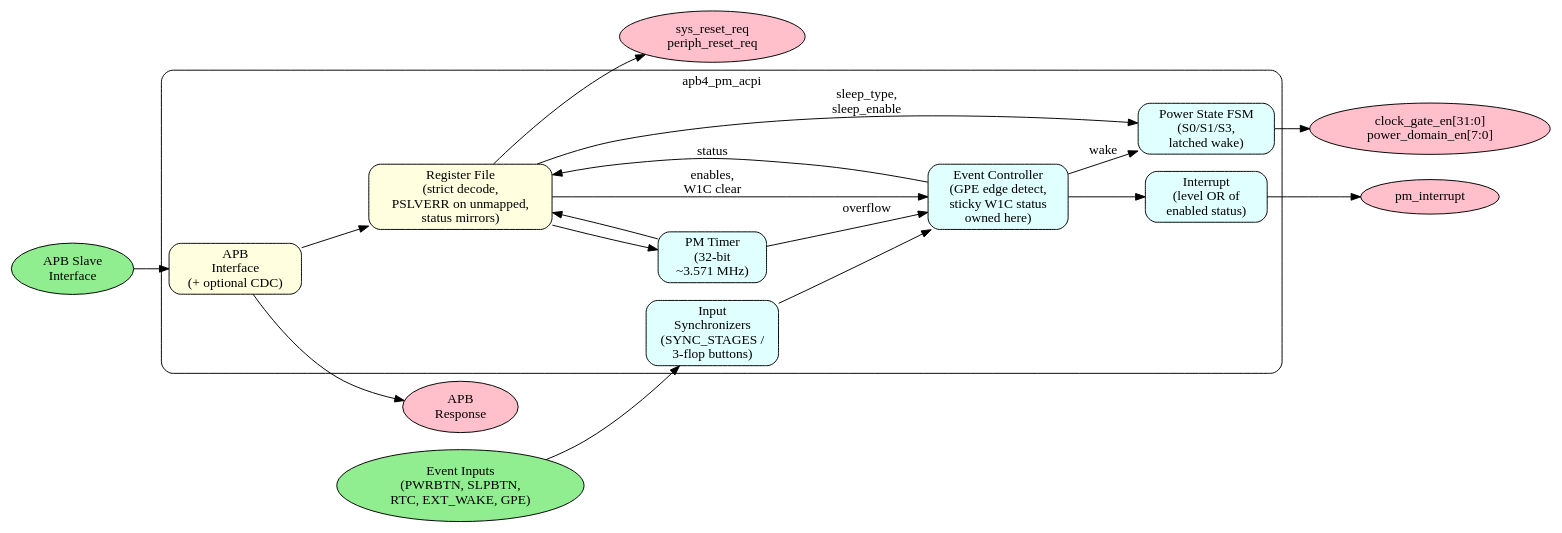
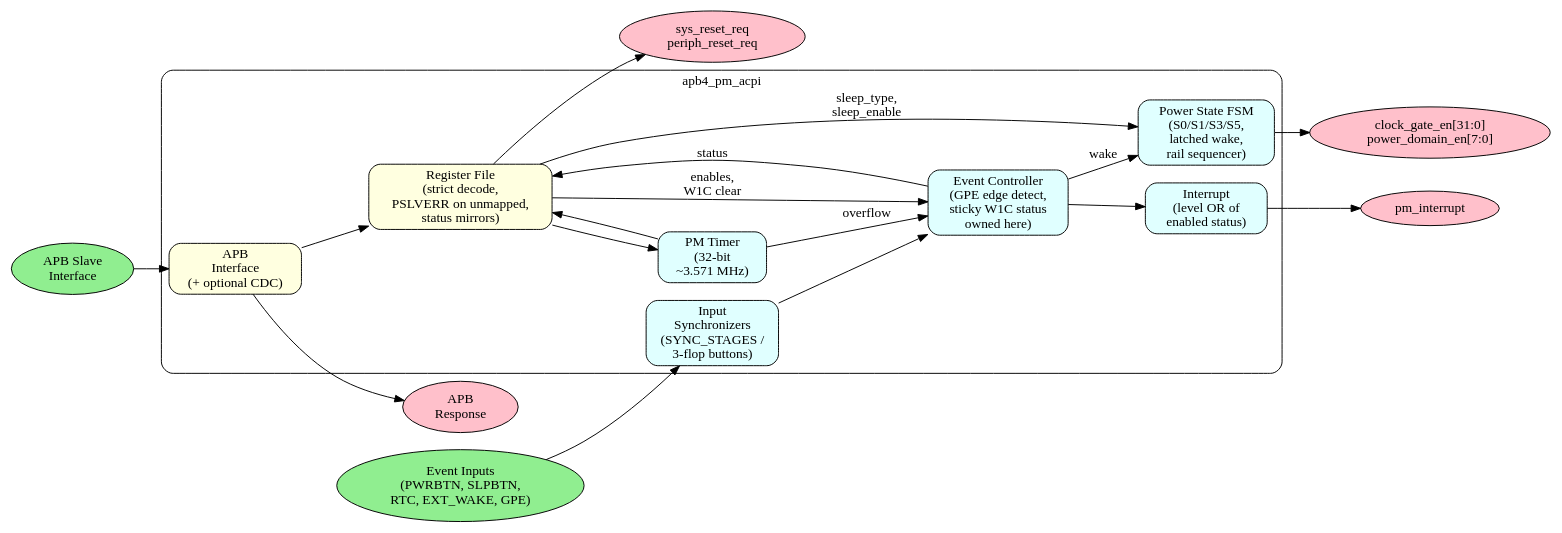
The diagram in projects/components/retro_legacy_blocks/docs/pm_acpi_mas/assets/graphviz/pm_acpi_top.gv (sean-galloway/RTLDesignSherpa), drawn with Graphviz before and after one commit. The commit also changed 30 other files, not shown here.

```diff
--- a/projects/components/retro_legacy_blocks/docs/pm_acpi_mas/assets/graphviz/pm_acpi_top.gv
+++ b/projects/components/retro_legacy_blocks/docs/pm_acpi_mas/assets/graphviz/pm_acpi_top.gv
@@ -1,43 +1,43 @@
 // PM/ACPI Top-Level Block Diagram
 digraph pm_acpi_top {
     rankdir=LR;
     node [shape=box, style="rounded,filled", fillcolor=lightblue];
 
     apb_in [label="APB Slave\nInterface", shape=ellipse, fillcolor=lightgreen];
     events_in [label="Event Inputs\n(PWRBTN, SLPBTN,\nRTC, EXT_WAKE, GPE)", shape=ellipse, fillcolor=lightgreen];
 
     subgraph cluster_pm {
         label="apb4_pm_acpi";
         style=rounded;
 
         apb_if [label="APB\nInterface\n(+ optional CDC)", fillcolor=lightyellow];
         regs [label="Register File\n(strict decode,\nPSLVERR on unmapped,\nstatus mirrors)", fillcolor=lightyellow];
         sync [label="Input\nSynchronizers\n(SYNC_STAGES /\n3-flop buttons)", fillcolor=lightcyan];
         pm_timer [label="PM Timer\n(32-bit\n~3.571 MHz)", fillcolor=lightcyan];
         event_ctrl [label="Event Controller\n(GPE edge detect,\nsticky W1C status\nowned here)", fillcolor=lightcyan];
-        sleep_ctrl [label="Power State FSM\n(S0/S1/S3,\nlatched wake)", fillcolor=lightcyan];
+        sleep_ctrl [label="Power State FSM\n(S0/S1/S3/S5,\nlatched wake,\nrail sequencer)", fillcolor=lightcyan];
         int_gen [label="Interrupt\n(level OR of\nenabled status)", fillcolor=lightcyan];
     }
 
     int_out [label="pm_interrupt", shape=ellipse, fillcolor=pink];
     sleep_out [label="clock_gate_en[31:0]\npower_domain_en[7:0]", shape=ellipse, fillcolor=pink];
     rst_out [label="sys_reset_req\nperiph_reset_req", shape=ellipse, fillcolor=pink];
     apb_out [label="APB\nResponse", shape=ellipse, fillcolor=pink];
 
     apb_in -> apb_if;
     apb_if -> regs;
     apb_if -> apb_out;
     events_in -> sync;
     sync -> event_ctrl;
     regs -> event_ctrl [label="enables,\nW1C clear"];
     event_ctrl -> regs [label="status"];
     regs -> pm_timer;
     pm_timer -> regs;
     pm_timer -> event_ctrl [label="overflow"];
     regs -> sleep_ctrl [label="sleep_type,\nsleep_enable"];
     event_ctrl -> sleep_ctrl [label="wake"];
     sleep_ctrl -> sleep_out;
     regs -> rst_out;
     event_ctrl -> int_gen;
     int_gen -> int_out;
 }
```
